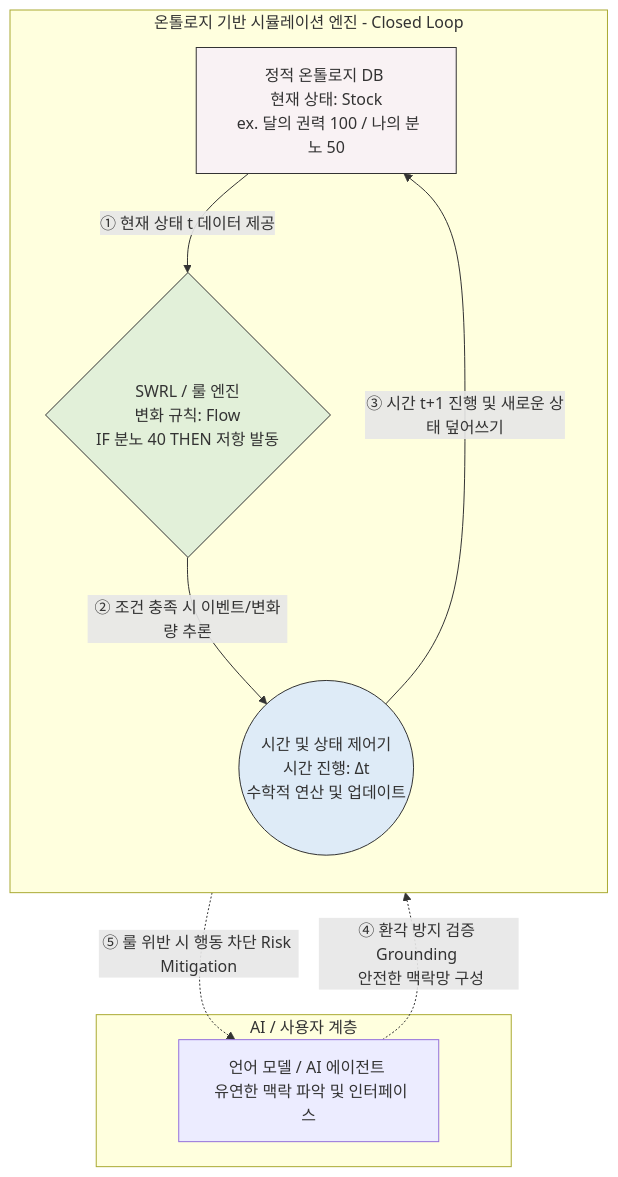
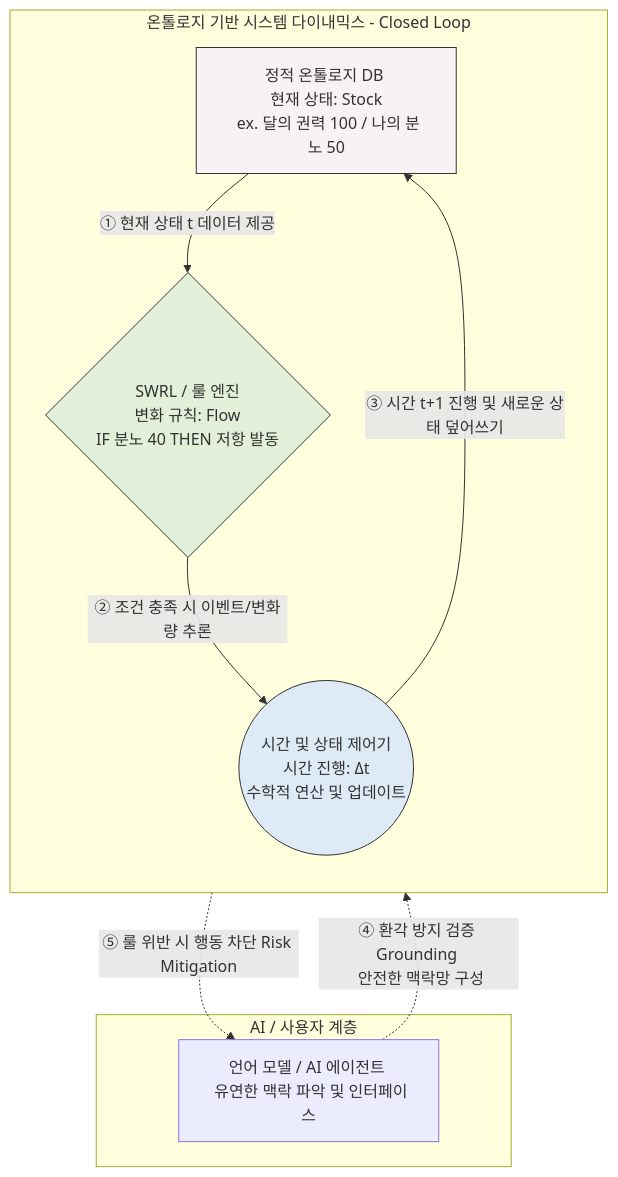
One commit to hamnYK/eduContextOn changed the first of 3 diagrams in index.md. Above: the diagram before and after it, drawn with Mermaid. The commit also changed other lines of this file and 1 other file, not shown here.

Commit message:
feat: add English landing page with system dynamics and ontology visualizations

```diff
--- a/index.md
+++ b/index.md
@@ -24,26 +24,26 @@
       <div class="mermaid">
 graph TD
-    subgraph Integrated_SD_System [온톨로지 기반 시뮬레이션 엔진 - Closed Loop]
+    subgraph Integrated_SD_System [온톨로지 기반 시스템 다이내믹스 - Closed Loop]
         direction TB
         
         Ontology[정적 온톨로지 DB <br> 현재 상태: Stock <br> ex. 달의 권력 100 / 나의 분노 50]
         RuleEngine{SWRL / 룰 엔진 <br> 변화 규칙: Flow <br> IF 분노 40 THEN 저항 발동}
         TimeController((시간 및 상태 제어기 <br> 시간 진행: Δt <br> 수학적 연산 및 업데이트))
         
         Ontology -- ① 현재 상태 t 데이터 제공 --> RuleEngine
         RuleEngine -- ② 조건 충족 시 이벤트/변화량 추론 --> TimeController
         TimeController -- ③ 시간 t+1 진행 및 새로운 상태 덮어쓰기 --> Ontology
     end
 
     subgraph LLM_Interface [AI / 사용자 계층]
         LLM[언어 모델 / AI 에이전트 <br> 유연한 맥락 파악 및 인터페이스]
     end
 
     %% Guardrail Connection
     LLM -.->|④ 환각 방지 검증 Grounding <br> 안전한 맥락망 구성| Ontology
     TimeController -.->|⑤ 룰 위반 시 행동 차단 Risk Mitigation| LLM
 
     style Ontology fill:#f9f2f4,stroke:#333,stroke-width:1px
     style RuleEngine fill:#e2f0d9,stroke:#333,stroke-width:1px
     style TimeController fill:#deebf7,stroke:#333,stroke-width:1px
       </div>
```
